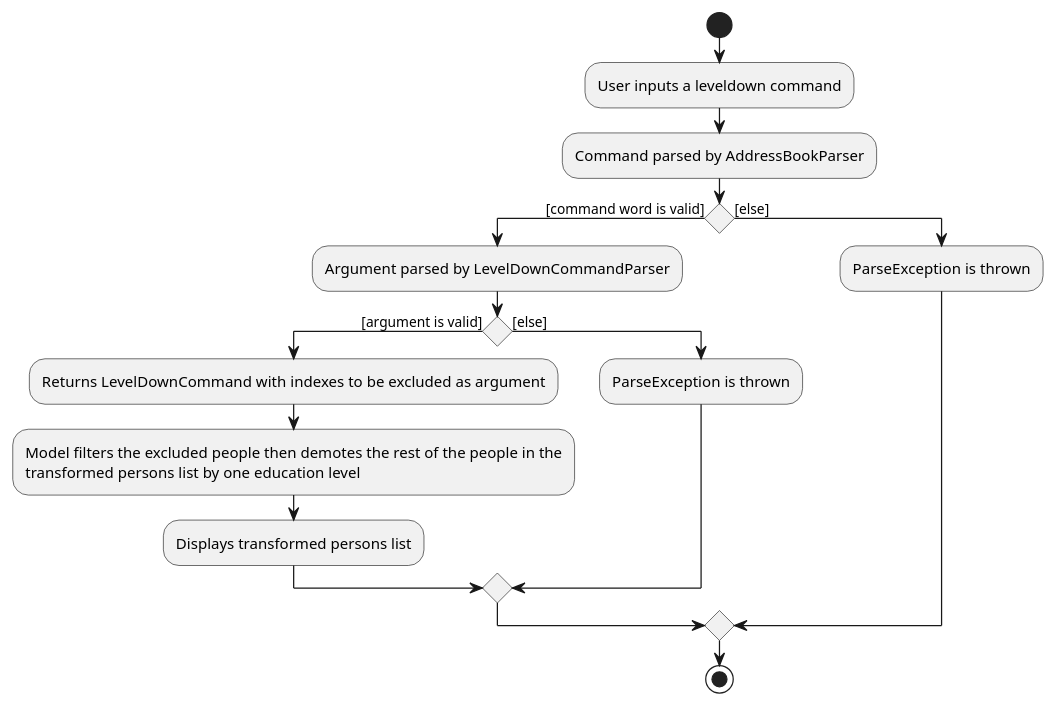
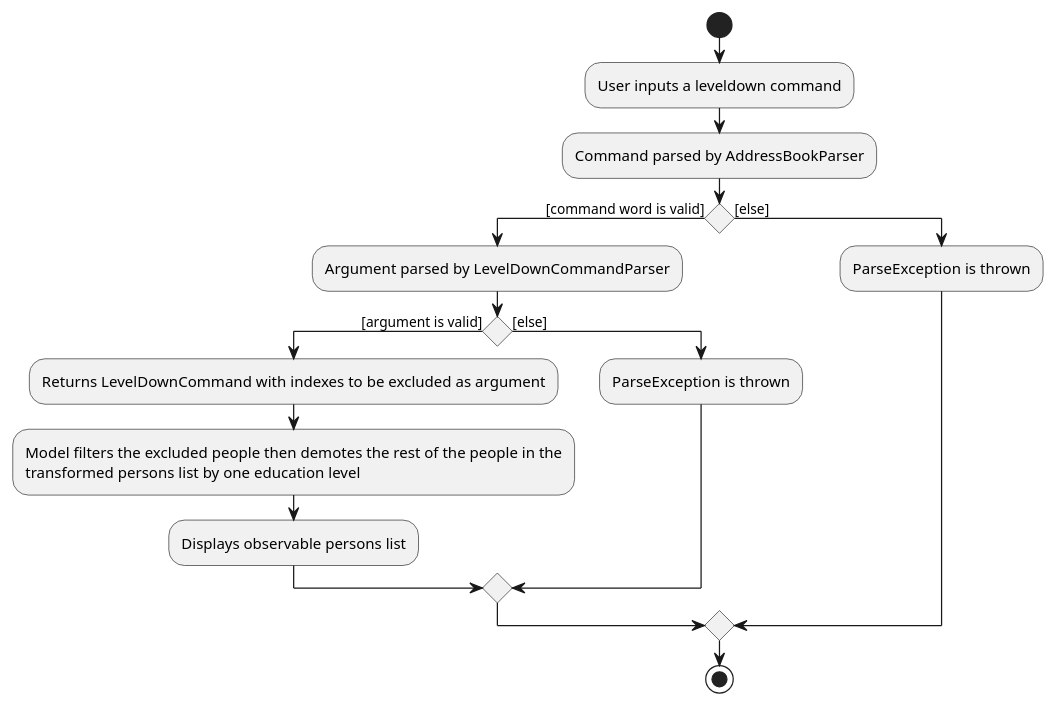
Before and after one commit to nus-cs2103-AY2021S2/tp: the diagram in docs/diagrams/LevelDownActivityDiagram.puml, drawn with PlantUML. The commit also changed 22 other files, not shown here.

```diff
--- a/docs/diagrams/LevelDownActivityDiagram.puml
+++ b/docs/diagrams/LevelDownActivityDiagram.puml
@@ -1,24 +1,24 @@
 @startuml
 'https://plantuml.com/activity-diagram-beta
 
 start
 :User inputs a leveldown command;
 :Command parsed by AddressBookParser;
 
 if () then ([command word is valid])
     :Argument parsed by LevelDownCommandParser;
     if () then ([argument is valid])
         :Returns LevelDownCommand with indexes to be excluded as argument;
         :Model filters the excluded people then demotes the rest of the people in the
         transformed persons list by one education level;
-        :Displays transformed persons list;
+        :Displays observable persons list;
     else ([else])
         :ParseException is thrown;
     endif
 else ([else])
     :ParseException is thrown;
 endif
 
 stop
 
 @enduml
```
